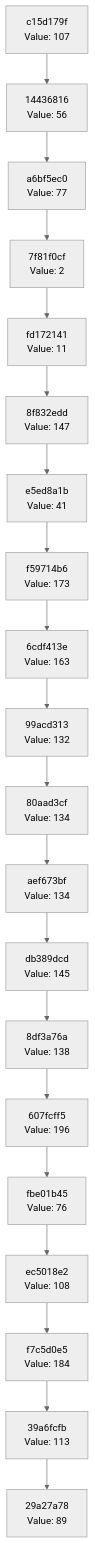
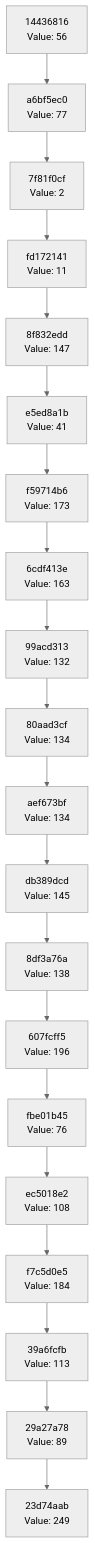
The diagram in docs/CHAIN_VISUALIZATION.md (Abhisheksinha1506/hash-chain-evolver), drawn with Mermaid (neutral theme) before and after one commit. The commit also changed 2 other files, not shown here.

Commit message:
Evolution step: hash 0xF9 → action executed

````diff
--- a/docs/CHAIN_VISUALIZATION.md
+++ b/docs/CHAIN_VISUALIZATION.md
@@ -3,42 +3,42 @@
 ```mermaid
 graph TD
-    C0["29a27a78<br/>Value: 89"]
-    C1["39a6fcfb<br/>Value: 113"]
+    C0["23d74aab<br/>Value: 249"]
+    C1["29a27a78<br/>Value: 89"]
     C1 --> C0
-    C2["f7c5d0e5<br/>Value: 184"]
+    C2["39a6fcfb<br/>Value: 113"]
     C2 --> C1
-    C3["ec5018e2<br/>Value: 108"]
+    C3["f7c5d0e5<br/>Value: 184"]
     C3 --> C2
-    C4["fbe01b45<br/>Value: 76"]
+    C4["ec5018e2<br/>Value: 108"]
     C4 --> C3
-    C5["607fcff5<br/>Value: 196"]
+    C5["fbe01b45<br/>Value: 76"]
     C5 --> C4
-    C6["8df3a76a<br/>Value: 138"]
+    C6["607fcff5<br/>Value: 196"]
     C6 --> C5
-    C7["db389dcd<br/>Value: 145"]
+    C7["8df3a76a<br/>Value: 138"]
     C7 --> C6
-    C8["aef673bf<br/>Value: 134"]
+    C8["db389dcd<br/>Value: 145"]
     C8 --> C7
-    C9["80aad3cf<br/>Value: 134"]
+    C9["aef673bf<br/>Value: 134"]
     C9 --> C8
-    C10["99acd313<br/>Value: 132"]
+    C10["80aad3cf<br/>Value: 134"]
     C10 --> C9
-    C11["6cdf413e<br/>Value: 163"]
+    C11["99acd313<br/>Value: 132"]
     C11 --> C10
-    C12["f59714b6<br/>Value: 173"]
+    C12["6cdf413e<br/>Value: 163"]
     C12 --> C11
-    C13["e5ed8a1b<br/>Value: 41"]
+    C13["f59714b6<br/>Value: 173"]
     C13 --> C12
-    C14["8f832edd<br/>Value: 147"]
+    C14["e5ed8a1b<br/>Value: 41"]
     C14 --> C13
-    C15["fd172141<br/>Value: 11"]
+    C15["8f832edd<br/>Value: 147"]
     C15 --> C14
-    C16["7f81f0cf<br/>Value: 2"]
+    C16["fd172141<br/>Value: 11"]
     C16 --> C15
-    C17["a6bf5ec0<br/>Value: 77"]
+    C17["7f81f0cf<br/>Value: 2"]
     C17 --> C16
-    C18["14436816<br/>Value: 56"]
+    C18["a6bf5ec0<br/>Value: 77"]
     C18 --> C17
-    C19["c15d179f<br/>Value: 107"]
+    C19["14436816<br/>Value: 56"]
     C19 --> C18
 ```
````
